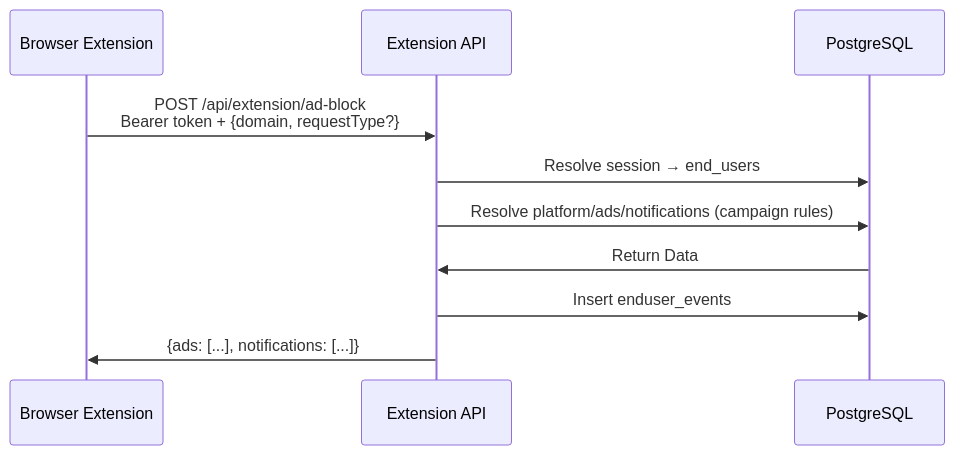
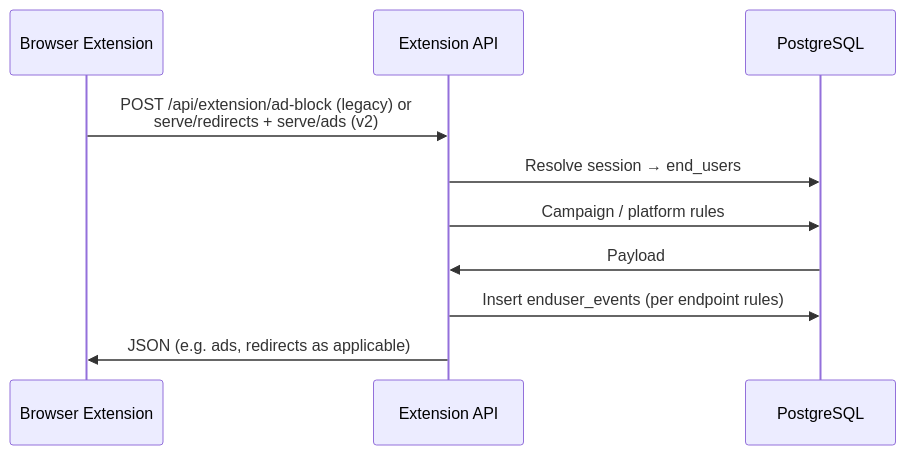
One commit to rishi23root/ads_platform changed the third of 3 diagrams in docs/ARCHITECTURE.md. Above: the diagram before and after it, drawn with Mermaid. The commit also changed other lines of this file and 59 other files, not shown here.

````diff
--- a/docs/ARCHITECTURE.md
+++ b/docs/ARCHITECTURE.md
@@ -98,13 +99,13 @@
 ```mermaid
 sequenceDiagram
     participant Ext as Browser Extension
     participant API as Extension API
     participant DB as PostgreSQL
     
-    Ext->>API: POST /api/extension/ad-block<br/>Bearer token + {domain, requestType?}
+    Ext->>API: POST /api/extension/ad-block (legacy) or<br/>serve/redirects + serve/ads (v2)
     API->>DB: Resolve session → end_users
-    API->>DB: Resolve platform/ads/notifications (campaign rules)
-    DB->>API: Return Data
-    API->>DB: Insert enduser_events
-    API->>Ext: {ads: [...], notifications: [...]}
+    API->>DB: Campaign / platform rules
+    DB->>API: Payload
+    API->>DB: Insert enduser_events (per endpoint rules)
+    API->>Ext: JSON (e.g. ads, redirects as applicable)
 ```
````
